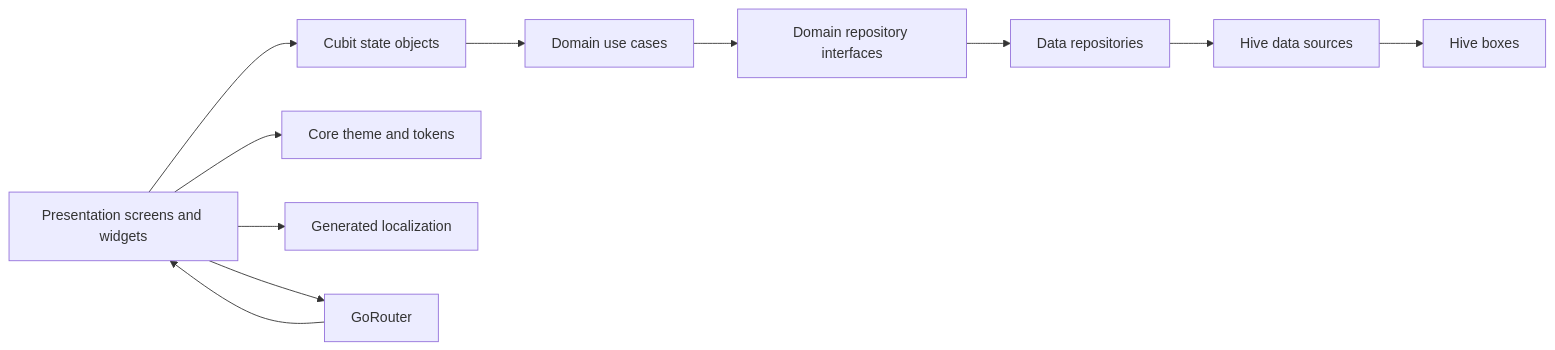
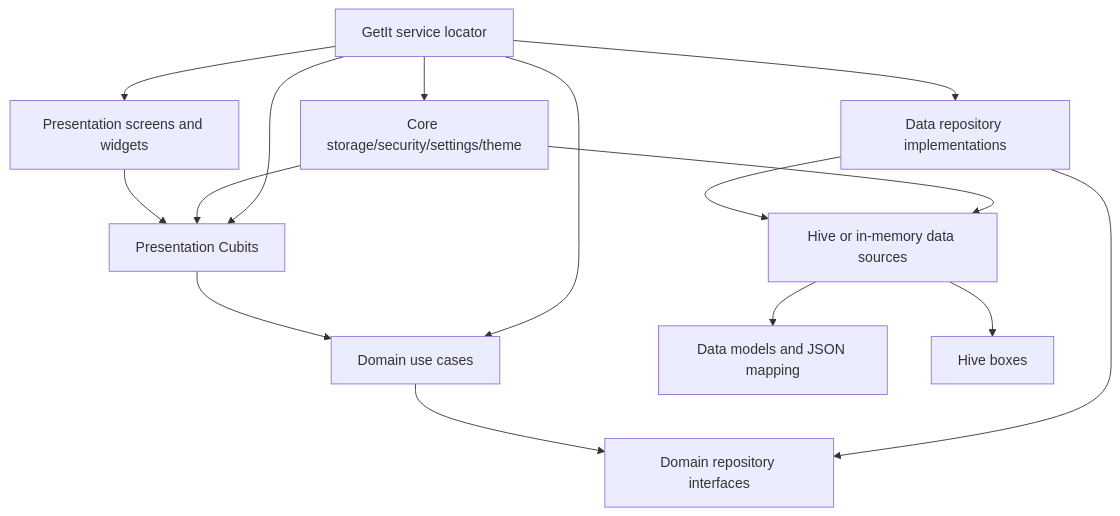
Before and after one commit to Khaled-shahien/Masrofy_App: the second of 5 diagrams in FLUTTER_PROJECT_ANALYSIS.md, drawn with Mermaid. The commit also changed other lines of this file and 172 other files, not shown here.

````diff
--- a/FLUTTER_PROJECT_ANALYSIS.md
+++ b/FLUTTER_PROJECT_ANALYSIS.md
@@ -202,13 +358,17 @@
 ```mermaid
-flowchart LR
-    UI[Presentation screens and widgets] --> CUBIT[Cubit state objects]
-    CUBIT --> USECASE[Domain use cases]
-    USECASE --> REPO[Domain repository interfaces]
-    REPO --> DATA[Data repositories]
-    DATA --> DS[Hive data sources]
-    DS --> HIVE[Hive boxes]
-    UI --> THEME[Core theme and tokens]
-    UI --> L10N[Generated localization]
-    UI --> ROUTER[GoRouter]
-    ROUTER --> UI
+flowchart TD
+    UI[Presentation screens and widgets] --> Cubits[Presentation Cubits]
+    Cubits --> Usecases[Domain use cases]
+    Usecases --> RepoContracts[Domain repository interfaces]
+    RepoImpl[Data repository implementations] --> RepoContracts
+    RepoImpl --> DataSources[Hive or in-memory data sources]
+    DataSources --> Models[Data models and JSON mapping]
+    DataSources --> Hive[Hive boxes]
+    Core[Core storage/security/settings/theme] --> DataSources
+    Core --> Cubits
+    DI[GetIt service locator] --> UI
+    DI --> Cubits
+    DI --> Usecases
+    DI --> RepoImpl
+    DI --> Core
 ```
````
